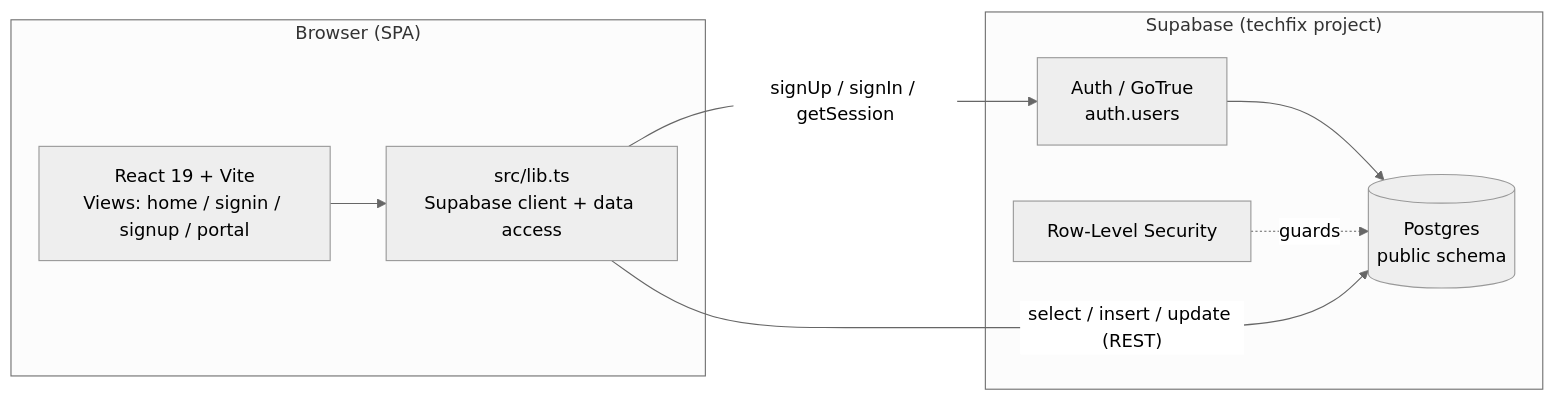
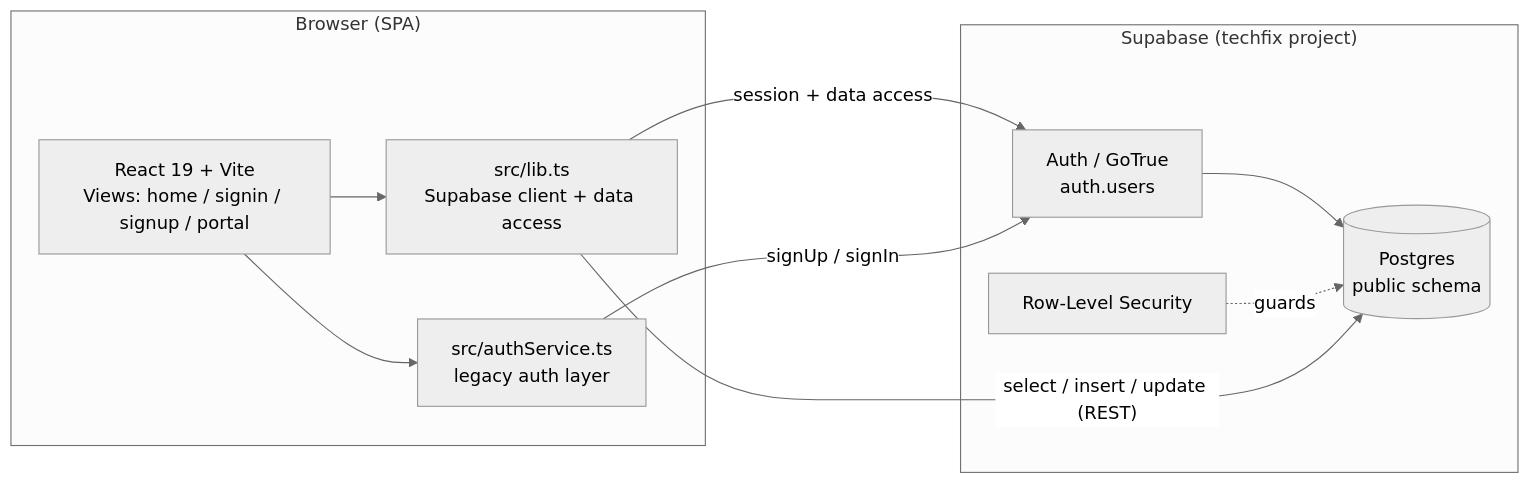
One commit to SeanixReal/Jobelonese changed the first of 5 diagrams in docs/ARCHITECTURE.md. Above: the diagram before and after it, drawn with Mermaid (neutral theme). The commit also changed other lines of this file and 5 other files, not shown here.

Commit message:
Add use case diagram and sync documentation

````diff
--- a/docs/ARCHITECTURE.md
+++ b/docs/ARCHITECTURE.md
@@ -9,19 +9,22 @@
 ```mermaid
 flowchart LR
     subgraph Browser["Browser (SPA)"]
         UI["React 19 + Vite<br/>Views: home / signin / signup / portal"]
         LIB["src/lib.ts<br/>Supabase client + data access"]
+        AUTH_SVC["src/authService.ts<br/>legacy auth layer"]
         UI --> LIB
+        UI --> AUTH_SVC
     end
 
     subgraph Supabase["Supabase (techfix project)"]
         AUTH["Auth / GoTrue<br/>auth.users"]
         DB[("Postgres<br/>public schema")]
         RLS["Row-Level Security"]
         AUTH --> DB
         RLS -.guards.-> DB
     end
 
-    LIB -- "signUp / signIn / getSession" --> AUTH
+    LIB -- "session + data access" --> AUTH
+    AUTH_SVC -- "signUp / signIn" --> AUTH
     LIB -- "select / insert / update (REST)" --> DB
 ```
````
